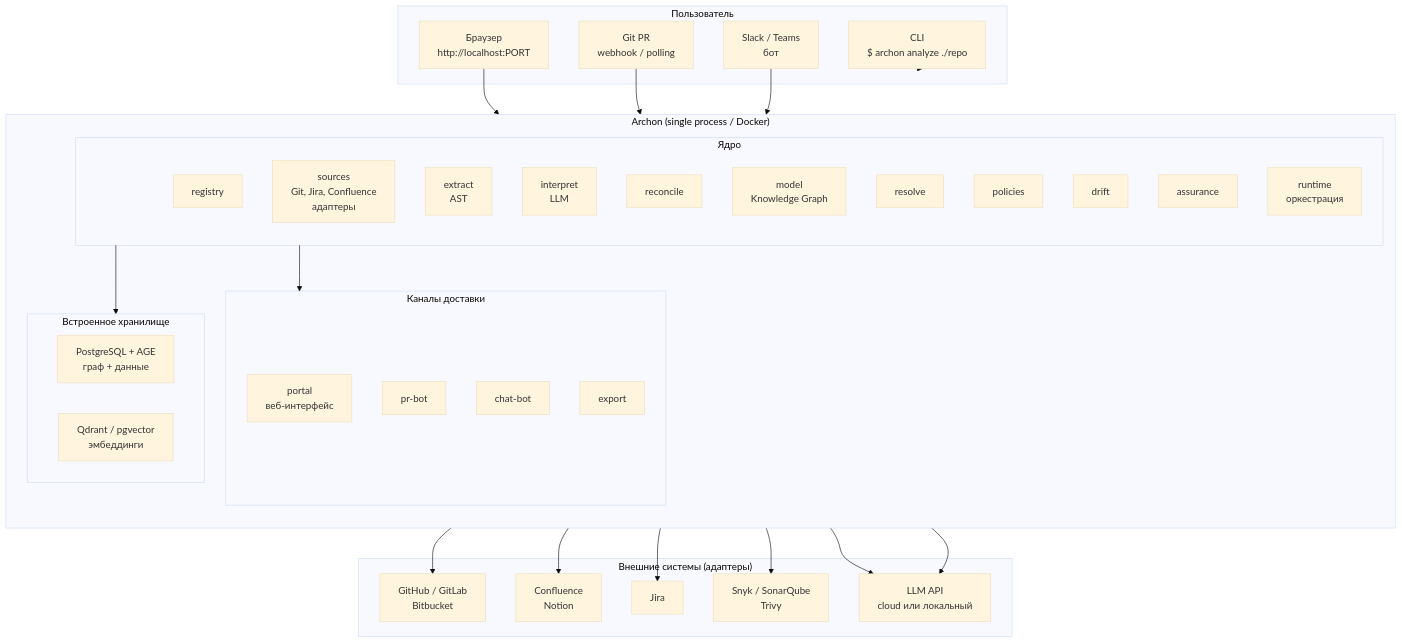
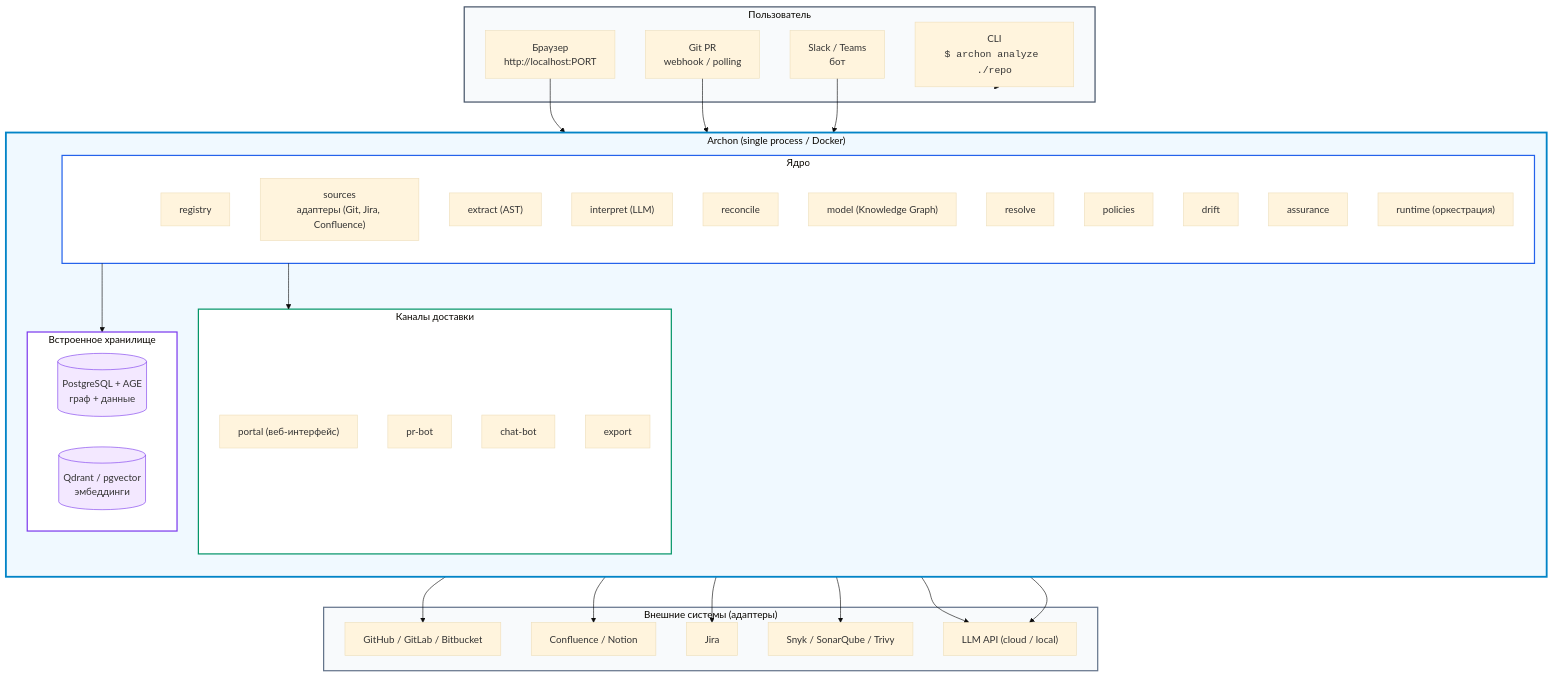
Before and after one commit to teamv39/archon: the diagram in docs/adr/0005-product-scope-and-delivery-model.md, drawn with Mermaid (base theme).

Commit message:
Docs: colored diagram

````diff
--- a/docs/adr/0005-product-scope-and-delivery-model.md
+++ b/docs/adr/0005-product-scope-and-delivery-model.md
@@ -80,62 +80,73 @@
 ```mermaid
 flowchart TB
     subgraph USER ["Пользователь"]
-        cli["CLI\n$ archon analyze ./repo"]
-        browser["Браузер\nhttp://localhost:PORT"]
-        git["Git PR\nwebhook / polling"]
-        messenger["Slack / Teams\nбот"]
+        cli["CLI<br><code>$ archon analyze ./repo</code>"]
+        browser["Браузер<br>http://localhost:PORT"]
+        git["Git PR<br>webhook / polling"]
+        messenger["Slack / Teams<br>бот"]
     end
 
     subgraph ARCHON ["Archon (single process / Docker)"]
         direction TB
 
         subgraph CORE ["Ядро"]
             registry["registry"]
-            sources["sources\nGit, Jira, Confluence\nадаптеры"]
-            extract["extract\nAST"]
-            interpret["interpret\nLLM"]
+            sources["sources<br>адаптеры (Git, Jira, Confluence)"]
+            extract["extract (AST)"]
+            interpret["interpret (LLM)"]
             reconcile["reconcile"]
-            model["model\nKnowledge Graph"]
+            model["model (Knowledge Graph)"]
             resolve["resolve"]
             policies["policies"]
             drift["drift"]
             assurance["assurance"]
-            runtime["runtime\nоркестрация"]
+            runtime["runtime (оркестрация)"]
         end
 
         subgraph DELIVERY ["Каналы доставки"]
-            portal["portal\nвеб-интерфейс"]
+            portal["portal (веб-интерфейс)"]
             prbot["pr-bot"]
             chatbot["chat-bot"]
             export["export"]
         end
 
         subgraph STORAGE ["Встроенное хранилище"]
-            pg["PostgreSQL + AGE\nграф + данные"]
-            vec["Qdrant / pgvector\nэмбеддинги"]
+            pg[("PostgreSQL + AGE<br>граф + данные")]
+            vec[("Qdrant / pgvector<br>эмбеддинги")]
         end
     end
 
     subgraph EXTERNAL ["Внешние системы (адаптеры)"]
-        github["GitHub / GitLab\nBitbucket"]
-        confluence["Confluence\nNotion"]
+        github["GitHub / GitLab / Bitbucket"]
+        confluence["Confluence / Notion"]
         jira["Jira"]
-        sast["Snyk / SonarQube\nTrivy"]
-        llm_api["LLM API\ncloud или локальный"]
+        sast["Snyk / SonarQube / Trivy"]
+        llm_api["LLM API (cloud / local)"]
     end
 
     cli --> CORE
     browser --> portal
     git --> prbot
     messenger --> chatbot
 
     sources --> github
     sources --> confluence
     sources --> jira
     sources --> sast
     interpret --> llm_api
     drift --> llm_api
 
     CORE --> STORAGE
     CORE --> DELIVERY
+
+    %% Стили и цветовая дифференциация фреймов
+    style USER fill:#f8fafc,stroke:#475569,stroke-width:2px
+    style ARCHON fill:#f0f9ff,stroke:#0284c7,stroke-width:3px
+    style CORE fill:#ffffff,stroke:#2563eb,stroke-width:2px
+    style DELIVERY fill:#ffffff,stroke:#059669,stroke-width:2px
+    style STORAGE fill:#ffffff,stroke:#7c3aed,stroke-width:2px
+    style EXTERNAL fill:#f8fafc,stroke:#64748b,stroke-width:2px
+
+    style pg fill:#f3e8ff,stroke:#7c3aed,stroke-width:1px
+    style vec fill:#f3e8ff,stroke:#7c3aed,stroke-width:1px
 ```
````
